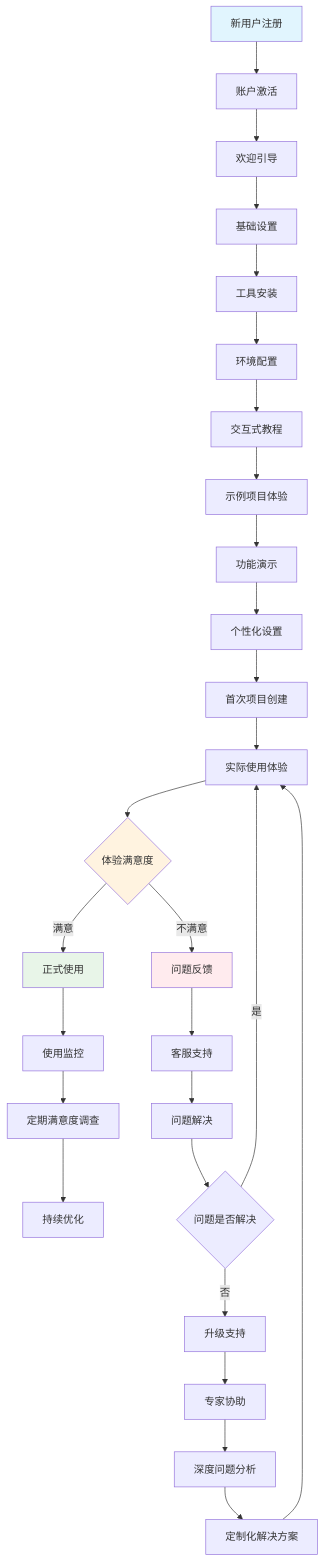
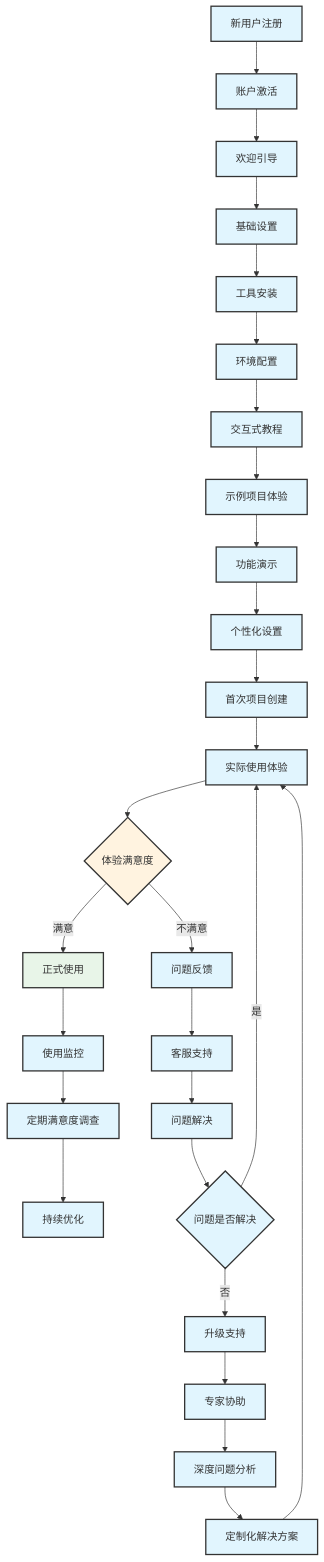
Before and after one commit to Coldplay-now/ai-ide-guide-core: the tenth of 11 diagrams in docs/assets/diagrams/process-sequence-diagrams.md, drawn with Mermaid. The commit also changed other lines of this file and 148 other files, not shown here.

````diff
--- a/docs/assets/diagrams/process-sequence-diagrams.md
+++ b/docs/assets/diagrams/process-sequence-diagrams.md
@@ -510,39 +490,38 @@
 ```mermaid
 flowchart TD
     A[新用户注册] --> B[账户激活]
     B --> C[欢迎引导]
     C --> D[基础设置]
     D --> E[工具安装]
     E --> F[环境配置]
     F --> G[交互式教程]
     G --> H[示例项目体验]
     H --> I[功能演示]
     I --> J[个性化设置]
     J --> K[首次项目创建]
     K --> L[实际使用体验]
     L --> M{体验满意度}
-    
     M -->|满意| N[正式使用]
     M -->|不满意| O[问题反馈]
-    
     O --> P[客服支持]
     P --> Q[问题解决]
     Q --> R{问题是否解决}
-    
     R -->|是| L
     R -->|否| S[升级支持]
     S --> T[专家协助]
     T --> U[深度问题分析]
     U --> V[定制化解决方案]
     V --> L
-    
     N --> W[使用监控]
     W --> X[定期满意度调查]
     X --> Y[持续优化]
-    
     style A fill:#e1f5fe
     style M fill:#fff3e0
     style N fill:#e8f5e8
-    style O fill:#ffebee
-
+    style O fill:#e1f5fe
+%% Standard styling
+classDef default fill:#e1f5fe,stroke:#333,stroke-width:2px
+classDef highlight fill:#bbdefb,stroke:#333,stroke-width:3px
+classDef process fill:#90caf9,stroke:#333,stroke-width:2px
+classDef decision fill:#64b5f6,stroke:#333,stroke-width:2px
 ```
````
